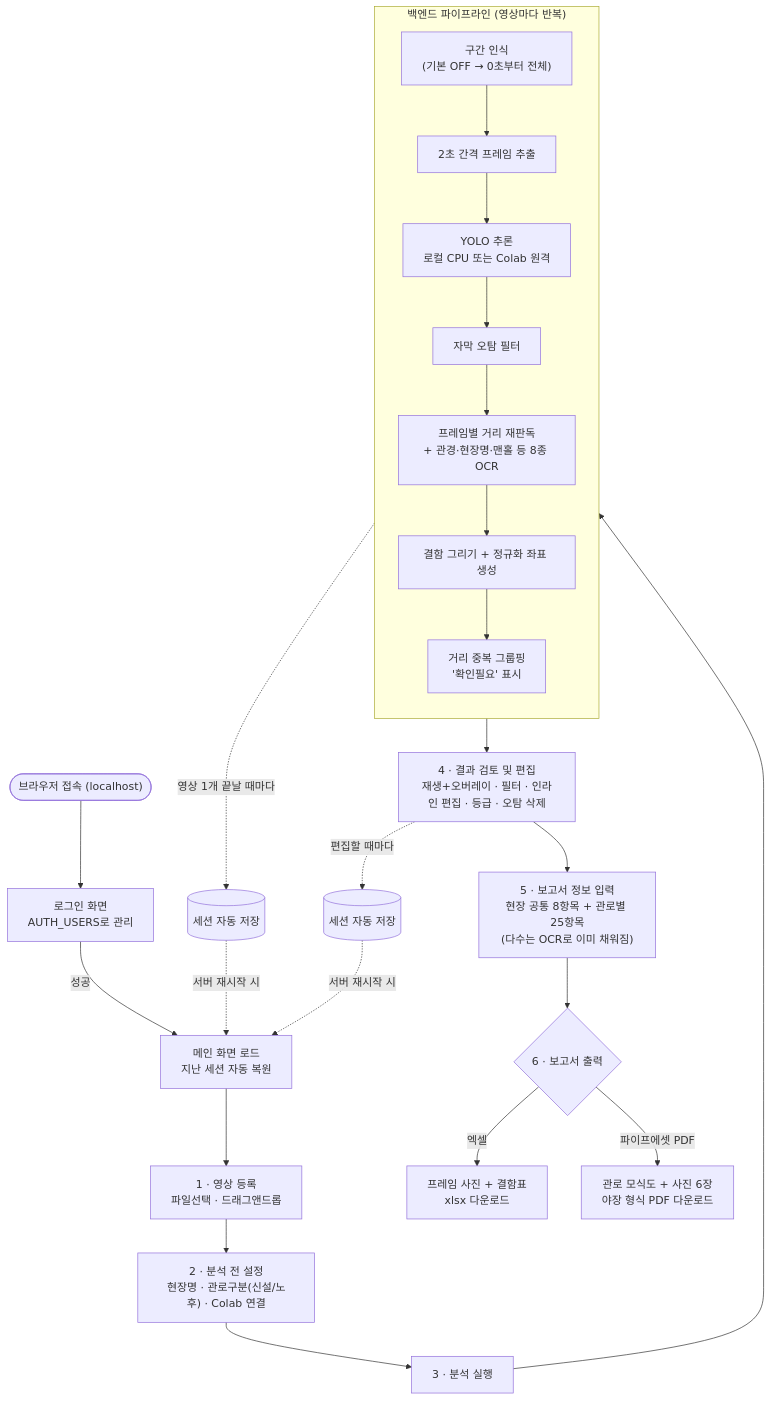
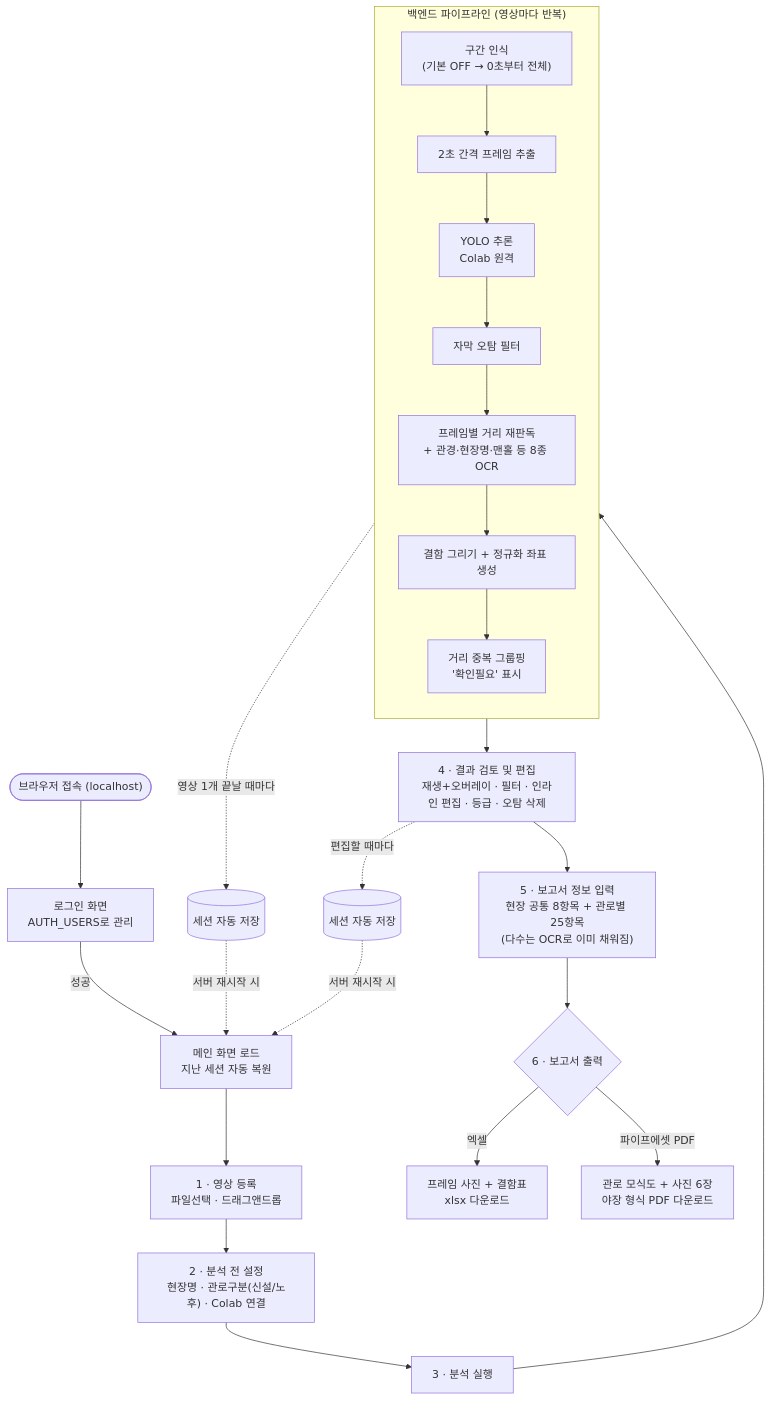
Before and after one commit to Eunbee-K/AI_CCTV: the diagram in docs/reports/2026-08-05-전체-유저플로우.md, drawn with Mermaid. The commit also changed 16 other files, not shown here.

````diff
--- a/docs/reports/2026-08-05-전체-유저플로우.md
+++ b/docs/reports/2026-08-05-전체-유저플로우.md
@@ -13,35 +13,35 @@
 ```mermaid
 flowchart TD
     START(["브라우저 접속 (localhost)"]) --> LOGIN["로그인 화면<br/>AUTH_USERS로 관리"]
     LOGIN -- "성공" --> APP["메인 화면 로드<br/>지난 세션 자동 복원"]
 
     APP --> ADD["1 · 영상 등록<br/>파일선택 · 드래그앤드롭"]
     ADD --> SETUP["2 · 분석 전 설정<br/>현장명 · 관로구분(신설/노후) · Colab 연결"]
     SETUP --> RUN["3 · 분석 실행"]
 
     subgraph PIPE ["백엔드 파이프라인 (영상마다 반복)"]
         direction TB
         P1["구간 인식<br/>(기본 OFF → 0초부터 전체)"]
         P2["2초 간격 프레임 추출"]
-        P3["YOLO 추론<br/>로컬 CPU 또는 Colab 원격"]
+        P3["YOLO 추론<br/> Colab 원격"]
         P4["자막 오탐 필터"]
         P5["프레임별 거리 재판독<br/>+ 관경·현장명·맨홀 등 8종 OCR"]
         P6["결함 그리기 + 정규화 좌표 생성"]
         P7["거리 중복 그룹핑<br/>'확인필요' 표시"]
         P1 --> P2 --> P3 --> P4 --> P5 --> P6 --> P7
     end
 
     RUN --> PIPE
     PIPE -.영상 1개 끝날 때마다.-> SAVE1[("세션 자동 저장")]
 
     PIPE --> REVIEW["4 · 결과 검토 및 편집<br/>재생+오버레이 · 필터 · 인라인 편집 · 등급 · 오탐 삭제"]
     REVIEW -.편집할 때마다.-> SAVE2[("세션 자동 저장")]
 
     REVIEW --> META["5 · 보고서 정보 입력<br/>현장 공통 8항목 + 관로별 25항목<br/>(다수는 OCR로 이미 채워짐)"]
     META --> EXPORT{"6 · 보고서 출력"}
     EXPORT -- "엑셀" --> XLSX["프레임 사진 + 결함표<br/>xlsx 다운로드"]
     EXPORT -- "파이프에셋 PDF" --> PDF["관로 모식도 + 사진 6장<br/>야장 형식 PDF 다운로드"]
 
     SAVE1 -.서버 재시작 시.-> APP
     SAVE2 -.서버 재시작 시.-> APP
 ```
````
